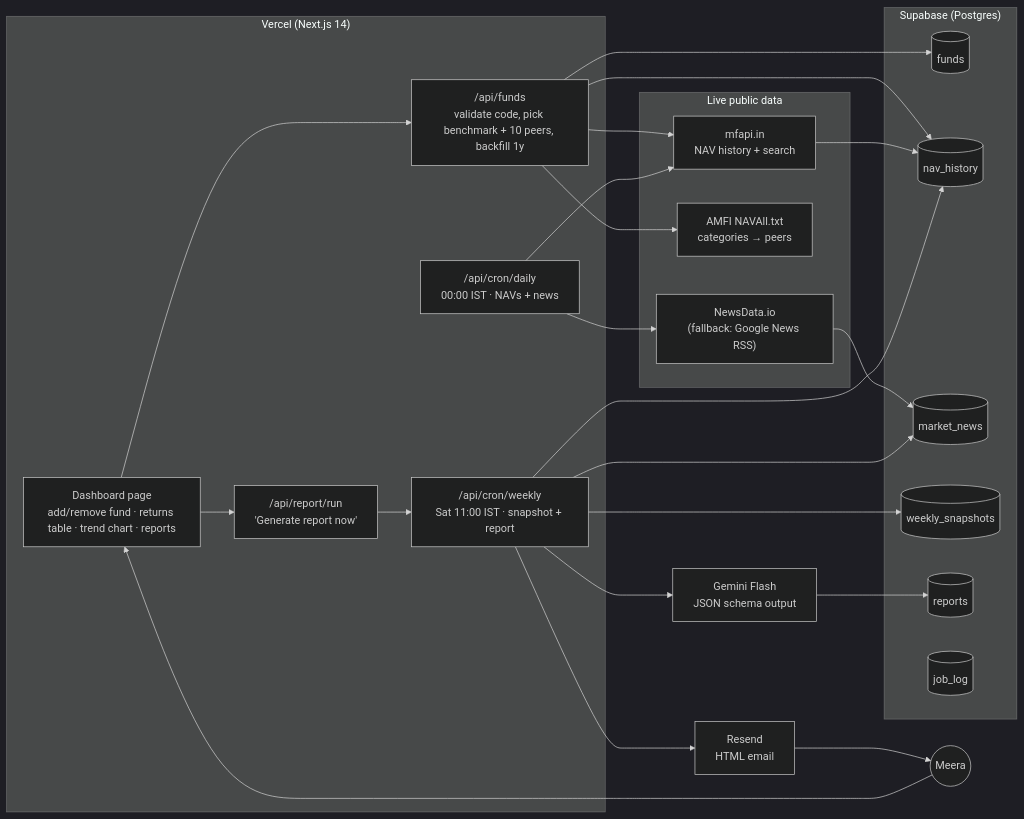
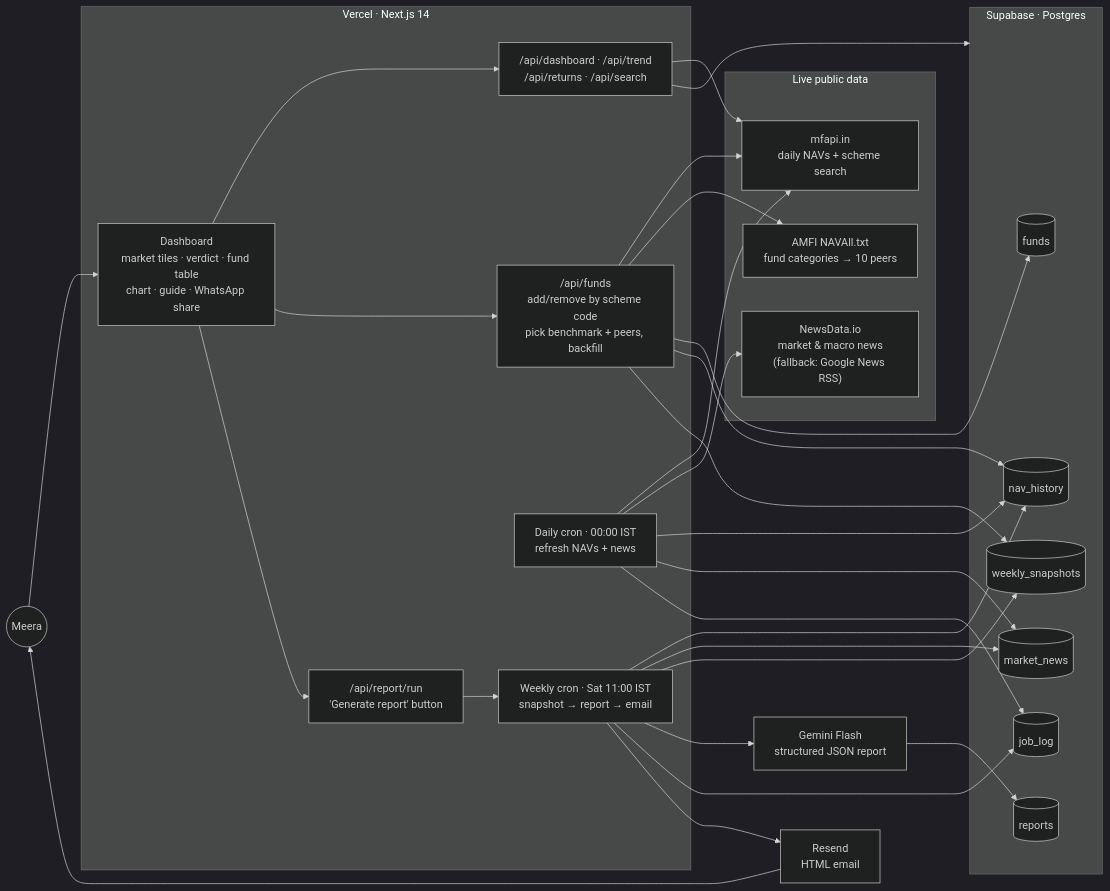
Before and after one commit to snehaiyer-beep/mf-tracker: the diagram in COMPONENTS.md, drawn with Mermaid (dark theme). The commit also changed other lines of this file, not shown here.

Commit message:
Components Map: match the submitted app (read endpoints, job_log, 6-year history, stated benchmarks)

````diff
--- a/COMPONENTS.md
+++ b/COMPONENTS.md
@@ -3,45 +6,53 @@
 ```mermaid
 flowchart LR
+  USER(("Meera"))
+
   subgraph Sources["Live public data"]
-    MFAPI["mfapi.in<br/>NAV history + search"]
-    AMFI["AMFI NAVAll.txt<br/>categories → peers"]
-    NEWS["NewsData.io<br/>(fallback: Google News RSS)"]
+    MFAPI["mfapi.in<br/>daily NAVs + scheme search"]
+    AMFI["AMFI NAVAll.txt<br/>fund categories → 10 peers"]
+    NEWS["NewsData.io<br/>market & macro news<br/>(fallback: Google News RSS)"]
   end
 
-  subgraph Vercel["Vercel (Next.js 14)"]
-    UI["Dashboard page<br/>add/remove fund · returns table · trend chart · reports"]
-    FUNDS["/api/funds<br/>validate code, pick benchmark + 10 peers, backfill 1y"]
-    DAILY["/api/cron/daily<br/>00:00 IST · NAVs + news"]
-    WEEKLY["/api/cron/weekly<br/>Sat 11:00 IST · snapshot + report"]
-    RUN["/api/report/run<br/>'Generate report now'"]
+  subgraph Vercel["Vercel · Next.js 14"]
+    UI["Dashboard<br/>market tiles · verdict · fund table<br/>chart · guide · WhatsApp share"]
+    READ["/api/dashboard · /api/trend<br/>/api/returns · /api/search"]
+    FUNDS["/api/funds<br/>add/remove by scheme code<br/>pick benchmark + peers, backfill"]
+    DAILY["Daily cron · 00:00 IST<br/>refresh NAVs + news"]
+    WEEKLY["Weekly cron · Sat 11:00 IST<br/>snapshot → report → email"]
+    RUN["/api/report/run<br/>'Generate report' button"]
   end
 
-  subgraph Supabase["Supabase (Postgres)"]
+  subgraph Supabase["Supabase · Postgres"]
     T1[(funds)]
     T2[(nav_history)]
     T3[(market_news)]
     T4[(weekly_snapshots)]
     T5[(reports)]
     T6[(job_log)]
   end
 
-  GEMINI["Gemini Flash<br/>JSON schema output"]
+  GEMINI["Gemini Flash<br/>structured JSON report"]
   RESEND["Resend<br/>HTML email"]
-  USER(("Meera"))
 
   USER --> UI
+  UI --> READ --> Supabase
   UI --> FUNDS
-  UI --> RUN
+  UI --> RUN --> WEEKLY
+  READ --> MFAPI
   FUNDS --> MFAPI
   FUNDS --> AMFI
   FUNDS --> T1
   FUNDS --> T2
-  DAILY --> MFAPI --> T2
-  DAILY --> NEWS --> T3
+  FUNDS --> T4
+  DAILY --> MFAPI
+  DAILY --> NEWS
+  DAILY --> T2
+  DAILY --> T3
+  DAILY --> T6
   WEEKLY --> T2
-  RUN --> WEEKLY
   WEEKLY --> T3
   WEEKLY --> T4
   WEEKLY --> GEMINI --> T5
+  WEEKLY --> T6
   WEEKLY --> RESEND --> USER
 ```
````
